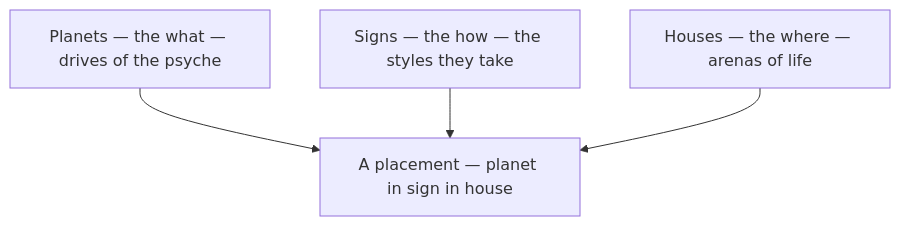
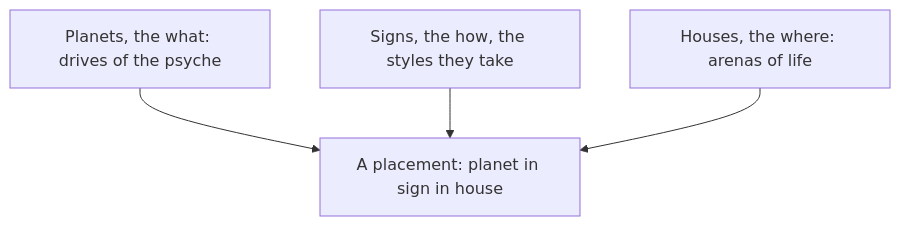
The diagram in data/knowledge/astrology/index.md (kennethreitz/kennethreitz.org), drawn with Mermaid before and after one commit. The commit also changed other lines of this file and 879 other files, not shown here.

````diff
--- a/data/knowledge/astrology/index.md
+++ b/data/knowledge/astrology/index.md
@@ -16,9 +16,9 @@
 ```mermaid
 flowchart TD
-    P["Planets — the what — drives of the psyche"]
-    S["Signs — the how — the styles they take"]
-    H["Houses — the where — arenas of life"]
-    P --> R["A placement — planet in sign in house"]
+    P["Planets, the what: drives of the psyche"]
+    S["Signs, the how, the styles they take"]
+    H["Houses, the where: arenas of life"]
+    P --> R["A placement: planet in sign in house"]
     S --> R
     H --> R
 ```
````
